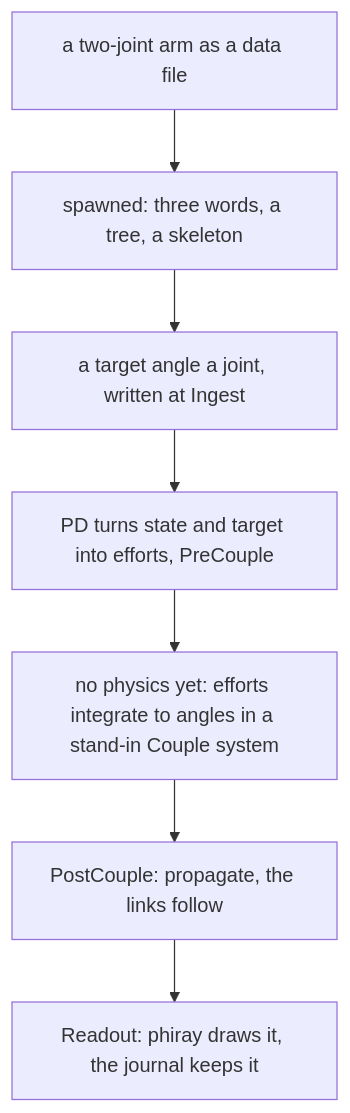
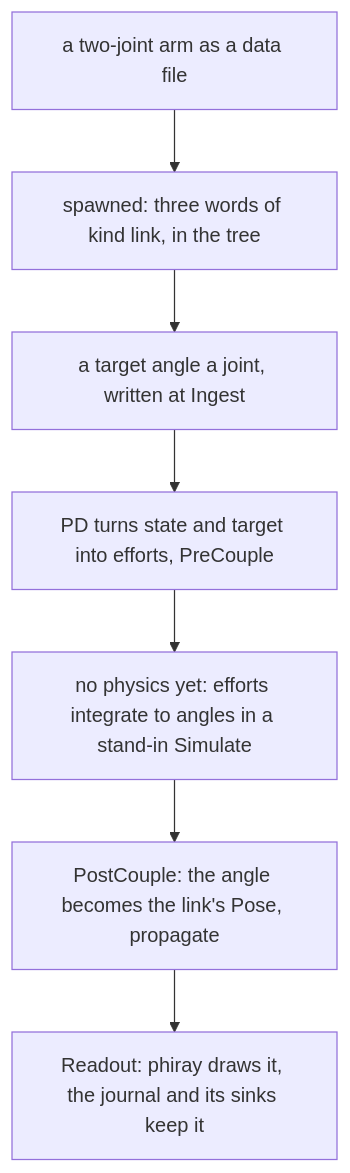
The second of 2 diagrams in crates/phiace/PLAN.md (gemphi/phikit), drawn with Mermaid before and after one commit. The commit also changed other lines of this file and 21 other files, not shown here.

````diff
--- a/crates/phiace/PLAN.md
+++ b/crates/phiace/PLAN.md
@@ -76,11 +85,11 @@
 ```mermaid
 graph TB
     m1["a two-joint arm as a data file"]
-    m2["spawned: three words, a tree, a skeleton"]
+    m2["spawned: three words of kind link, in the tree"]
     m3["a target angle a joint, written at Ingest"]
     m4["PD turns state and target into efforts, PreCouple"]
-    m5["no physics yet: efforts integrate to angles in a stand-in Couple system"]
-    m6["PostCouple: propagate, the links follow"]
-    m7["Readout: phiray draws it, the journal keeps it"]
+    m5["no physics yet: efforts integrate to angles in a stand-in Simulate"]
+    m6["PostCouple: the angle becomes the link's Pose, propagate"]
+    m7["Readout: phiray draws it, the journal and its sinks keep it"]
     m1 --> m2 --> m3 --> m4 --> m5 --> m6 --> m7
 ```
````
